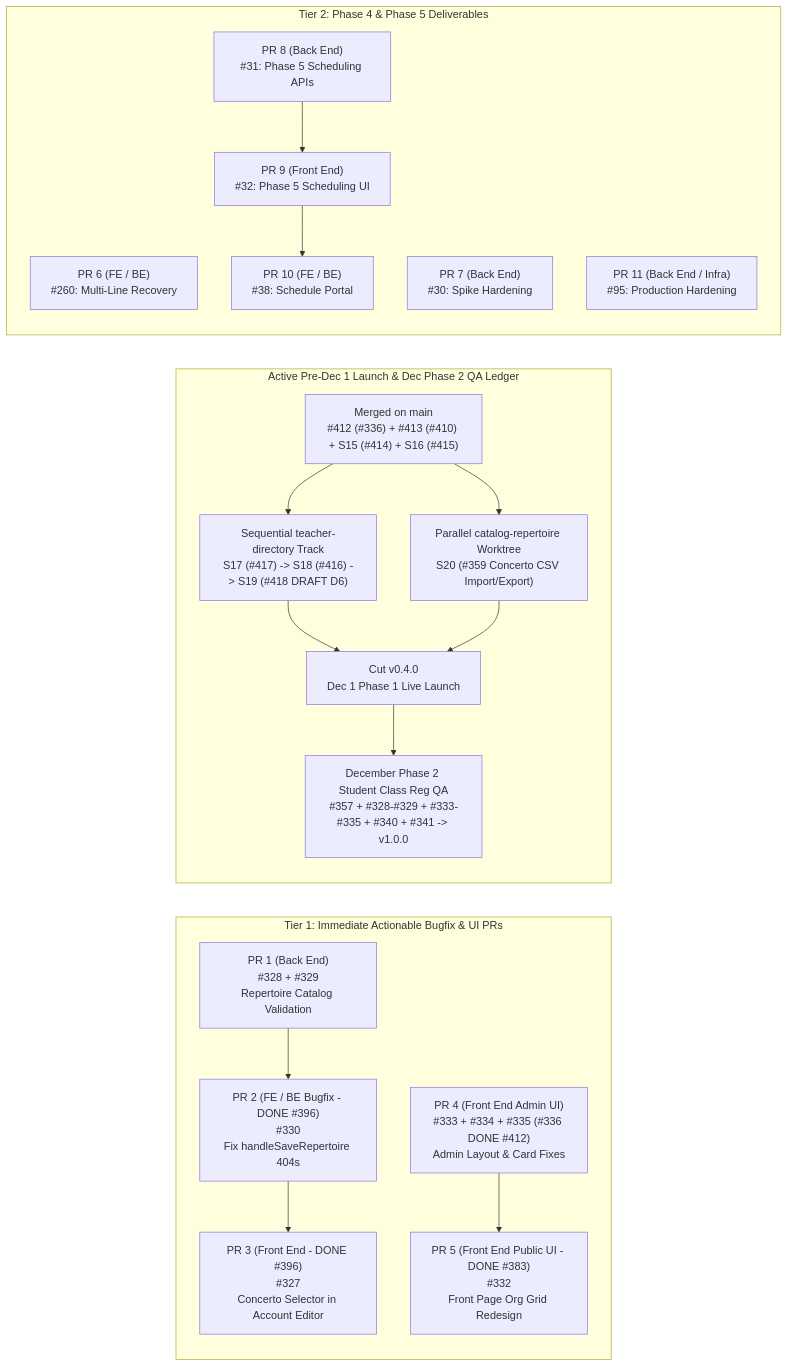
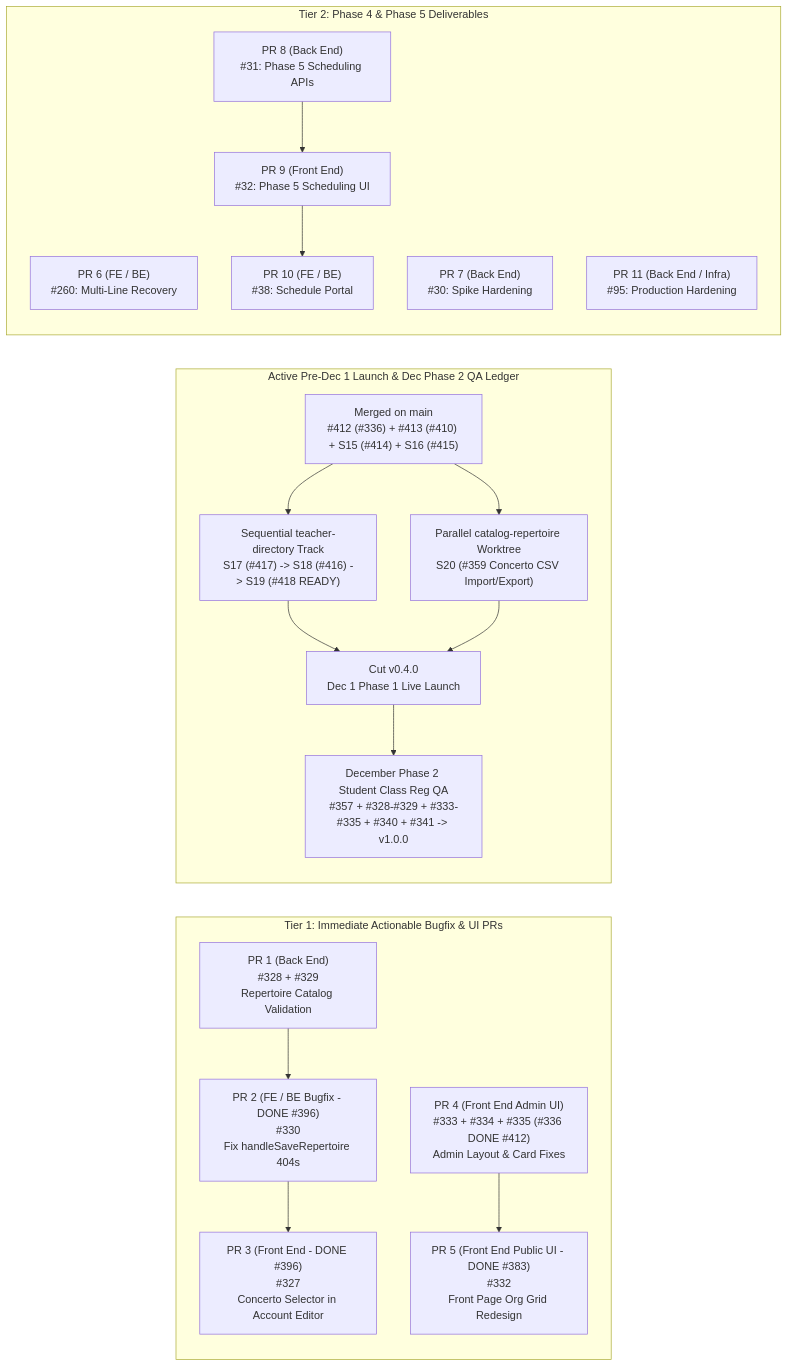
The diagram in docs/issue-pr-roadmap.md (angelaqingx/Festival), drawn with Mermaid before and after one commit. The commit also changed other lines of this file and 4 other files, not shown here.

````diff
--- a/docs/issue-pr-roadmap.md
+++ b/docs/issue-pr-roadmap.md
@@ -125,33 +125,33 @@
 ```mermaid
 flowchart LR
   subgraph Tier1["Tier 1: Immediate Actionable Bugfix & UI PRs"]
     PR1["PR 1 (Back End)<br/>#328 + #329<br/>Repertoire Catalog Validation"]
     PR2["PR 2 (FE / BE Bugfix - DONE #396)<br/>#330<br/>Fix handleSaveRepertoire 404s"]
     PR3["PR 3 (Front End - DONE #396)<br/>#327<br/>Concerto Selector in Account Editor"]
     PR4["PR 4 (Front End Admin UI)<br/>#333 + #334 + #335 (#336 DONE #412)<br/>Admin Layout & Card Fixes"]
     PR5["PR 5 (Front End Public UI - DONE #383)<br/>#332<br/>Front Page Org Grid Redesign"]
     PR1 --> PR2 --> PR3
     PR4 --> PR5
   end
 
   subgraph Active["Active Pre-Dec 1 Launch & Dec Phase 2 QA Ledger"]
     DoneW4["Merged on main<br/>#412 (#336) + #413 (#410) + S15 (#414) + S16 (#415)"]
-    S17S19["Sequential teacher-directory Track<br/>S17 (#417) -> S18 (#416) -> S19 (#418 DRAFT D6)"]
+    S17S19["Sequential teacher-directory Track<br/>S17 (#417) -> S18 (#416) -> S19 (#418 READY)"]
     S20CSV["Parallel catalog-repertoire Worktree<br/>S20 (#359 Concerto CSV Import/Export)"]
     Cut040["Cut v0.4.0<br/>Dec 1 Phase 1 Live Launch"]
     DecQA["December Phase 2 Student Class Reg QA<br/>#357 + #328-#329 + #333-#335 + #340 + #341 -> v1.0.0"]
     DoneW4 --> S17S19 --> Cut040
     DoneW4 --> S20CSV --> Cut040
     Cut040 --> DecQA
   end
 
   subgraph Tier2["Tier 2: Phase 4 & Phase 5 Deliverables"]
     PR6["PR 6 (FE / BE)<br/>#260: Multi-Line Recovery"]
     PR7["PR 7 (Back End)<br/>#30: Spike Hardening"]
     PR8["PR 8 (Back End)<br/>#31: Phase 5 Scheduling APIs"]
     PR9["PR 9 (Front End)<br/>#32: Phase 5 Scheduling UI"]
     PR10["PR 10 (FE / BE)<br/>#38: Schedule Portal"]
     PR11["PR 11 (Back End / Infra)<br/>#95: Production Hardening"]
     PR8 --> PR9 --> PR10
   end
 ```
````
